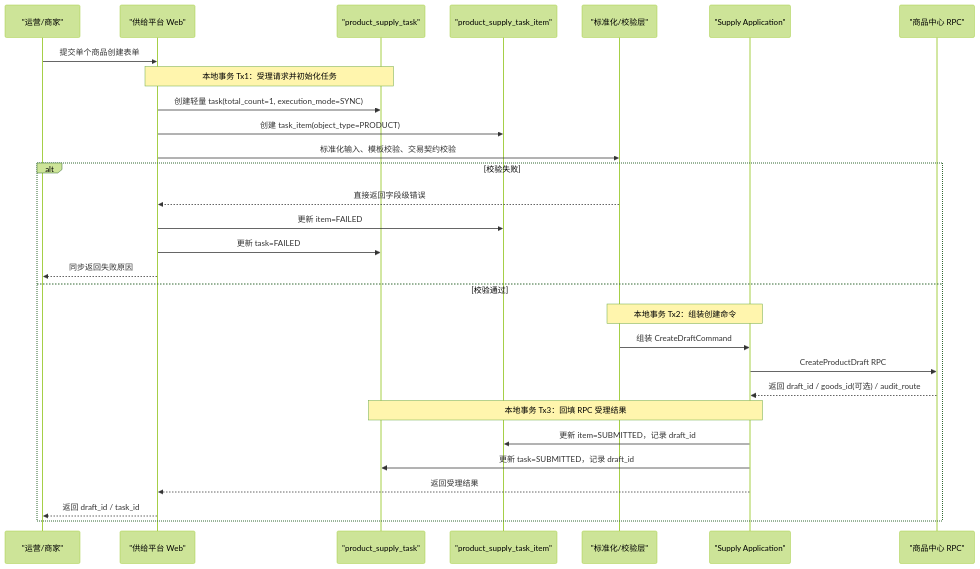
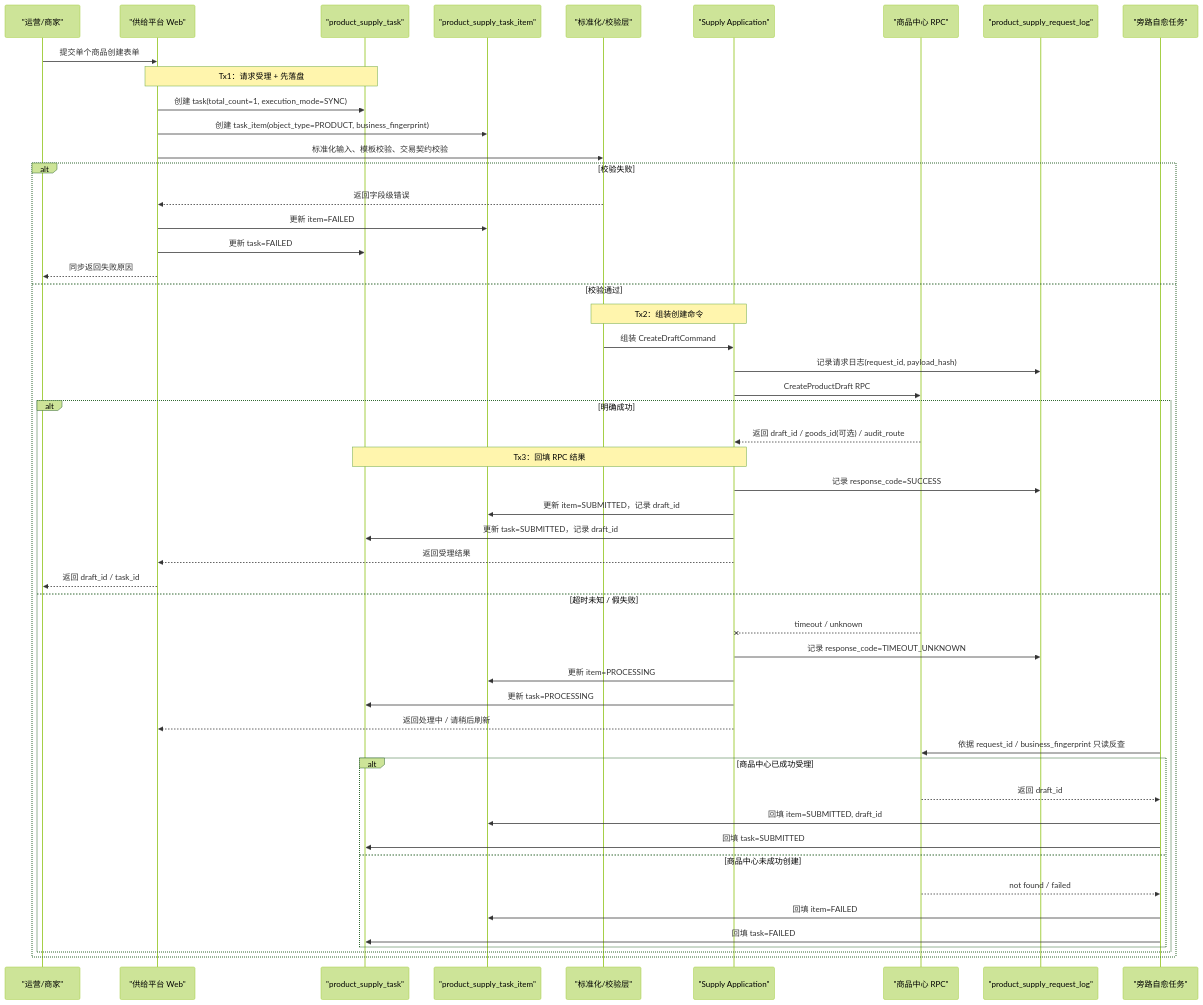
One commit to wxquare/wxquare.github.io changed the sixth of 17 diagrams in books/system-design-architecture-book/src/appendix/ecommerce-product-supply-inventory-lifecycle.md. Above: the diagram before and after it, drawn with Mermaid (forest theme). The commit also changed other lines of this file and 1 other file, not shown here.

Commit message:
add code

````diff
--- a/books/system-design-architecture-book/src/appendix/ecommerce-product-supply-inventory-lifecycle.md
+++ b/books/system-design-architecture-book/src/appendix/ecommerce-product-supply-inventory-lifecycle.md
@@ -765,32 +1364,54 @@
 ```mermaid
 sequenceDiagram
     participant U as "运营/商家"
     participant W as "供给平台 Web"
     participant T as "product_supply_task"
     participant I as "product_supply_task_item"
     participant V as "标准化/校验层"
     participant A as "Supply Application"
     participant P as "商品中心 RPC"
+    participant R as "product_supply_request_log"
+    participant H as "旁路自愈任务"
 
     U->>W: 提交单个商品创建表单
-    Note over W,T: 本地事务 Tx1：受理请求并初始化任务
-    W->>T: 创建轻量 task(total_count=1, execution_mode=SYNC)
-    W->>I: 创建 task_item(object_type=PRODUCT)
+    Note over W,T: Tx1：请求受理 + 先落盘
+    W->>T: 创建 task(total_count=1, execution_mode=SYNC)
+    W->>I: 创建 task_item(object_type=PRODUCT, business_fingerprint)
     W->>V: 标准化输入、模板校验、交易契约校验
     alt 校验失败
-        V-->>W: 直接返回字段级错误
+        V-->>W: 返回字段级错误
         W->>I: 更新 item=FAILED
         W->>T: 更新 task=FAILED
         W-->>U: 同步返回失败原因
     else 校验通过
-        Note over V,A: 本地事务 Tx2：组装创建命令
+        Note over V,A: Tx2：组装创建命令
         V->>A: 组装 CreateDraftCommand
+        A->>R: 记录请求日志(request_id, payload_hash)
         A->>P: CreateProductDraft RPC
-        P-->>A: 返回 draft_id / goods_id(可选) / audit_route
-        Note over A,T: 本地事务 Tx3：回填 RPC 受理结果
-        A->>I: 更新 item=SUBMITTED，记录 draft_id
-        A->>T: 更新 task=SUBMITTED，记录 draft_id
-        A-->>W: 返回受理结果
-        W-->>U: 返回 draft_id / task_id
+        alt 明确成功
+            P-->>A: 返回 draft_id / goods_id(可选) / audit_route
+            Note over A,T: Tx3：回填 RPC 结果
+            A->>R: 记录 response_code=SUCCESS
+            A->>I: 更新 item=SUBMITTED，记录 draft_id
+            A->>T: 更新 task=SUBMITTED，记录 draft_id
+            A-->>W: 返回受理结果
+            W-->>U: 返回 draft_id / task_id
+        else 超时未知 / 假失败
+            P--xA: timeout / unknown
+            A->>R: 记录 response_code=TIMEOUT_UNKNOWN
+            A->>I: 更新 item=PROCESSING
+            A->>T: 更新 task=PROCESSING
+            A-->>W: 返回处理中 / 请稍后刷新
+            H->>P: 依据 request_id / business_fingerprint 只读反查
+            alt 商品中心已成功受理
+                P-->>H: 返回 draft_id
+                H->>I: 回填 item=SUBMITTED, draft_id
+                H->>T: 回填 task=SUBMITTED
+            else 商品中心未成功创建
+                P-->>H: not found / failed
+                H->>I: 回填 item=FAILED
+                H->>T: 回填 task=FAILED
+            end
+        end
     end
 ```
````
